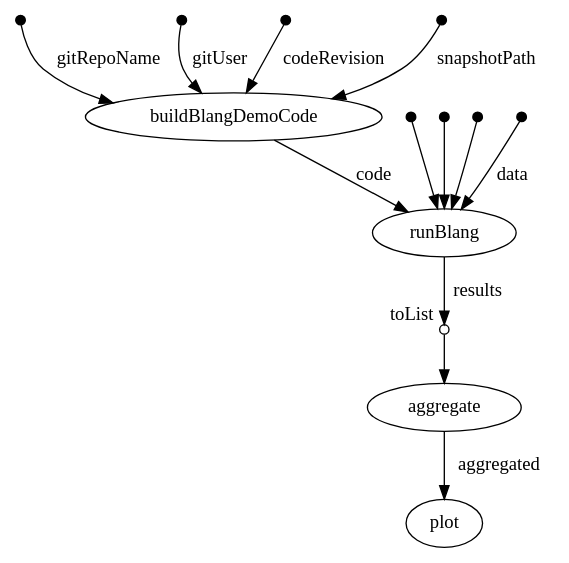
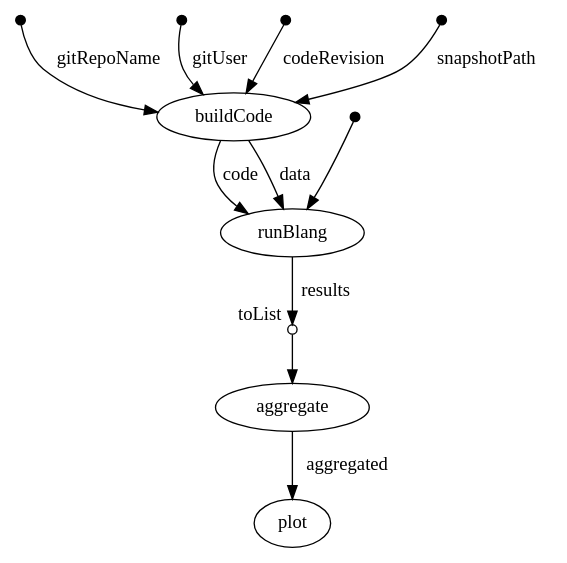
One commit to UBC-Stat-ML/iscm-nextflow changed the diagram in dag.dot. Above: the diagram before and after it, drawn with Graphviz. The commit also changed 25 other files, not shown here.

```diff
--- a/dag.dot
+++ b/dag.dot
@@ -1,50 +1,42 @@
 digraph "dag" {
 p0 [shape=point,label="",fixedsize=true,width=0.1];
-p4 [label="buildBlangDemoCode"];
+p4 [label="buildCode"];
 p0 -> p4 [label="gitRepoName"];
 
 p1 [shape=point,label="",fixedsize=true,width=0.1];
-p4 [label="buildBlangDemoCode"];
+p4 [label="buildCode"];
 p1 -> p4 [label="gitUser"];
 
 p2 [shape=point,label="",fixedsize=true,width=0.1];
-p4 [label="buildBlangDemoCode"];
+p4 [label="buildCode"];
 p2 -> p4 [label="codeRevision"];
 
 p3 [shape=point,label="",fixedsize=true,width=0.1];
-p4 [label="buildBlangDemoCode"];
+p4 [label="buildCode"];
 p3 -> p4 [label="snapshotPath"];
 
-p4 [label="buildBlangDemoCode"];
-p9 [label="runBlang"];
-p4 -> p9 [label="code"];
+p4 [label="buildCode"];
+p6 [label="runBlang"];
+p4 -> p6 [label="code"];
+
+p4 [label="buildCode"];
+p6 [label="runBlang"];
+p4 -> p6 [label="data"];
 
 p5 [shape=point,label="",fixedsize=true,width=0.1];
-p9 [label="runBlang"];
-p5 -> p9;
+p6 [label="runBlang"];
+p5 -> p6;
 
-p6 [shape=point,label="",fixedsize=true,width=0.1];
-p9 [label="runBlang"];
-p6 -> p9;
+p6 [label="runBlang"];
+p7 [shape=circle,label="",fixedsize=true,width=0.1,xlabel="toList"];
+p6 -> p7 [label="results"];
 
-p7 [shape=point,label="",fixedsize=true,width=0.1];
-p9 [label="runBlang"];
-p7 -> p9;
+p7 [shape=circle,label="",fixedsize=true,width=0.1,xlabel="toList"];
+p8 [label="aggregate"];
+p7 -> p8;
 
-p8 [shape=point,label="",fixedsize=true,width=0.1];
-p9 [label="runBlang"];
-p8 -> p9 [label="data"];
-
-p9 [label="runBlang"];
-p10 [shape=circle,label="",fixedsize=true,width=0.1,xlabel="toList"];
-p9 -> p10 [label="results"];
-
-p10 [shape=circle,label="",fixedsize=true,width=0.1,xlabel="toList"];
-p11 [label="aggregate"];
-p10 -> p11;
-
-p11 [label="aggregate"];
-p12 [label="plot"];
-p11 -> p12 [label="aggregated"];
+p8 [label="aggregate"];
+p9 [label="plot"];
+p8 -> p9 [label="aggregated"];
 
 }
```
